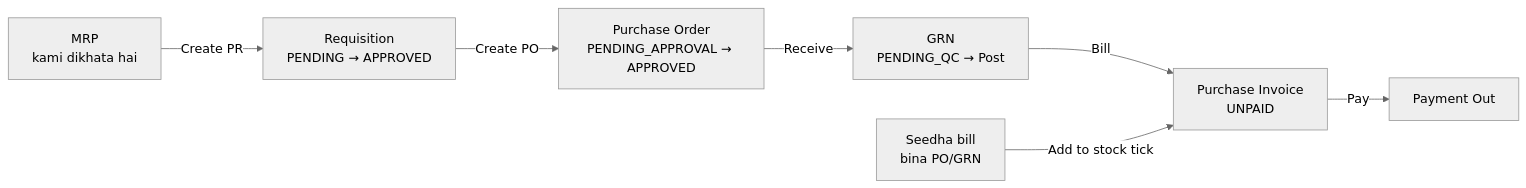
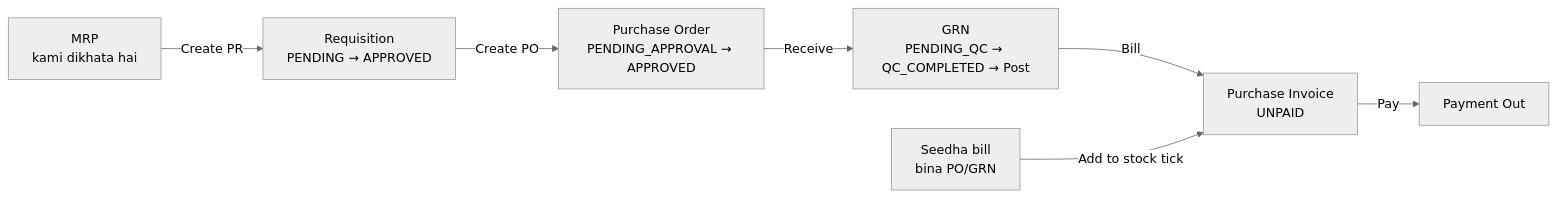
Before and after one commit to akashshinde700/erpnashilk: the fifth of 9 diagrams in docs/MANUFLOW-GUIDE.md, drawn with Mermaid (neutral theme). The commit also changed 18 other files, not shown here.

````diff
--- a/docs/MANUFLOW-GUIDE.md
+++ b/docs/MANUFLOW-GUIDE.md
@@ -128,9 +128,9 @@
 ```mermaid
 flowchart LR
     M[MRP<br/>kami dikhata hai] -->|Create PR| R[Requisition<br/>PENDING → APPROVED]
     R -->|Create PO| P[Purchase Order<br/>PENDING_APPROVAL → APPROVED]
-    P -->|Receive| G[GRN<br/>PENDING_QC → Post]
+    P -->|Receive| G[GRN<br/>PENDING_QC → QC_COMPLETED → Post]
     G -->|Bill| B[Purchase Invoice<br/>UNPAID]
     B -->|Pay| Y[Payment Out]
     X[Seedha bill<br/>bina PO/GRN] -->|Add to stock tick| B
 ```
````
